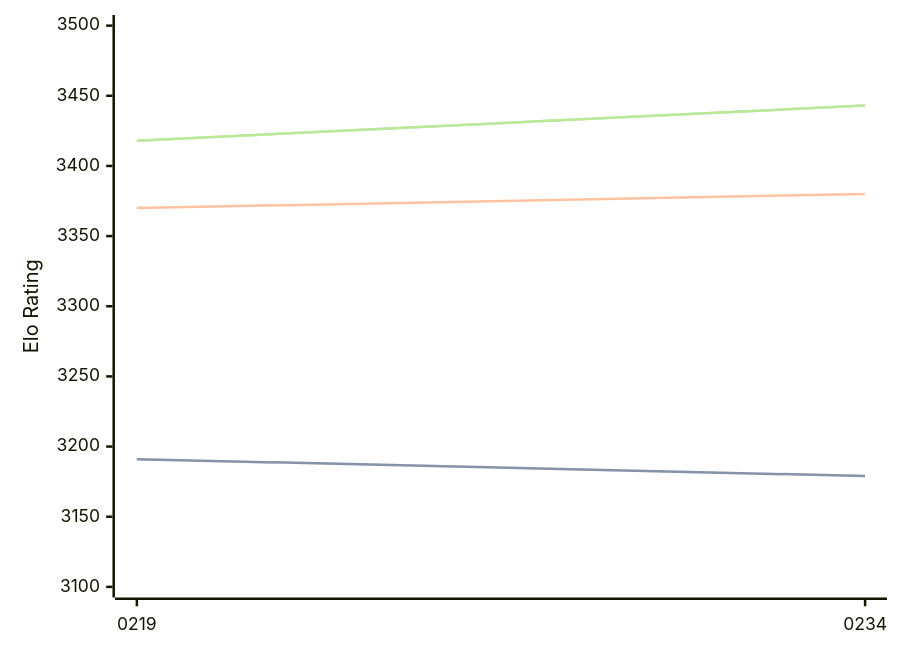
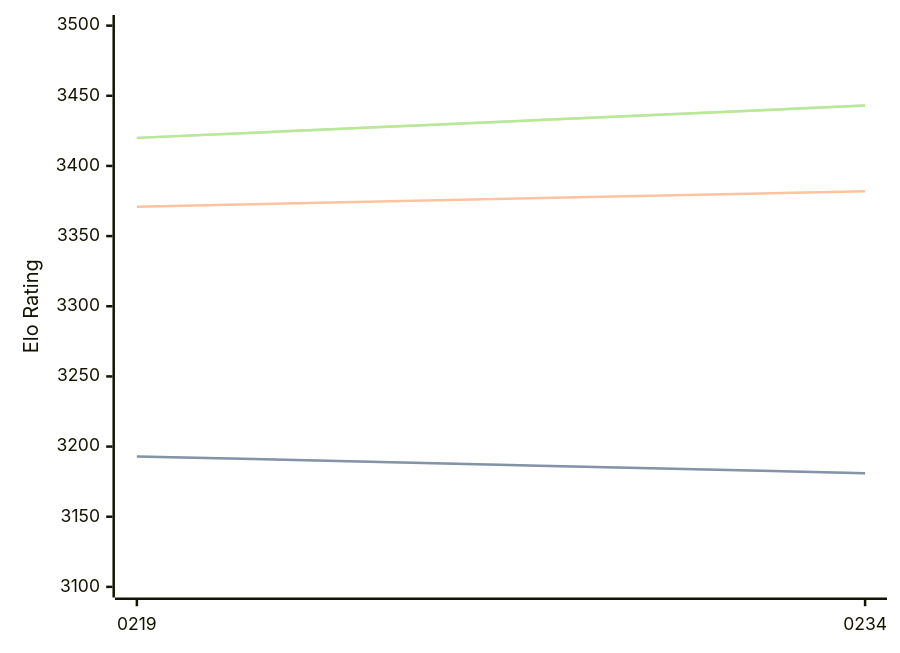
Before and after one commit to computer-chess-index/cci: the diagram in engines/Ynode.md, drawn with Mermaid. The commit also changed other lines of this file, not shown here.

Commit message:
Update CCI Ratings (ELO VLTC) - 2026-05-16

````diff
--- a/engines/Ynode.md
+++ b/engines/Ynode.md
@@ -39,11 +39,11 @@
 ```mermaid
 %%{init: {"theme":"base","themeVariables":{"seriesColors:['#a3a3a3','#222221','#faa371']}}}%%
 xychart-beta
   x-axis ["0219", "0234"]
   y-axis "Elo Rating" 3100 --> 3500
-  line "STC (8.0+0.08s)" [3191, 3179]
-  line "STC (8.0+0.08s)" [3191, 3179]
-  line "LTC (60.0+0.60s)" [3370, 3380]
-  line "VLTC (2m24s+1.12s)" [3418, 3443]
-  line "VLTC (2m24s+1.12s)" [3418, 3443]
+  line "STC (8.0+0.08s)" [3193, 3181]
+  line "STC (8.0+0.08s)" [3193, 3181]
+  line "LTC (60.0+0.60s)" [3371, 3382]
+  line "VLTC (2m24s+1.12s)" [3420, 3443]
+  line "VLTC (2m24s+1.12s)" [3420, 3443]
 ```
````
